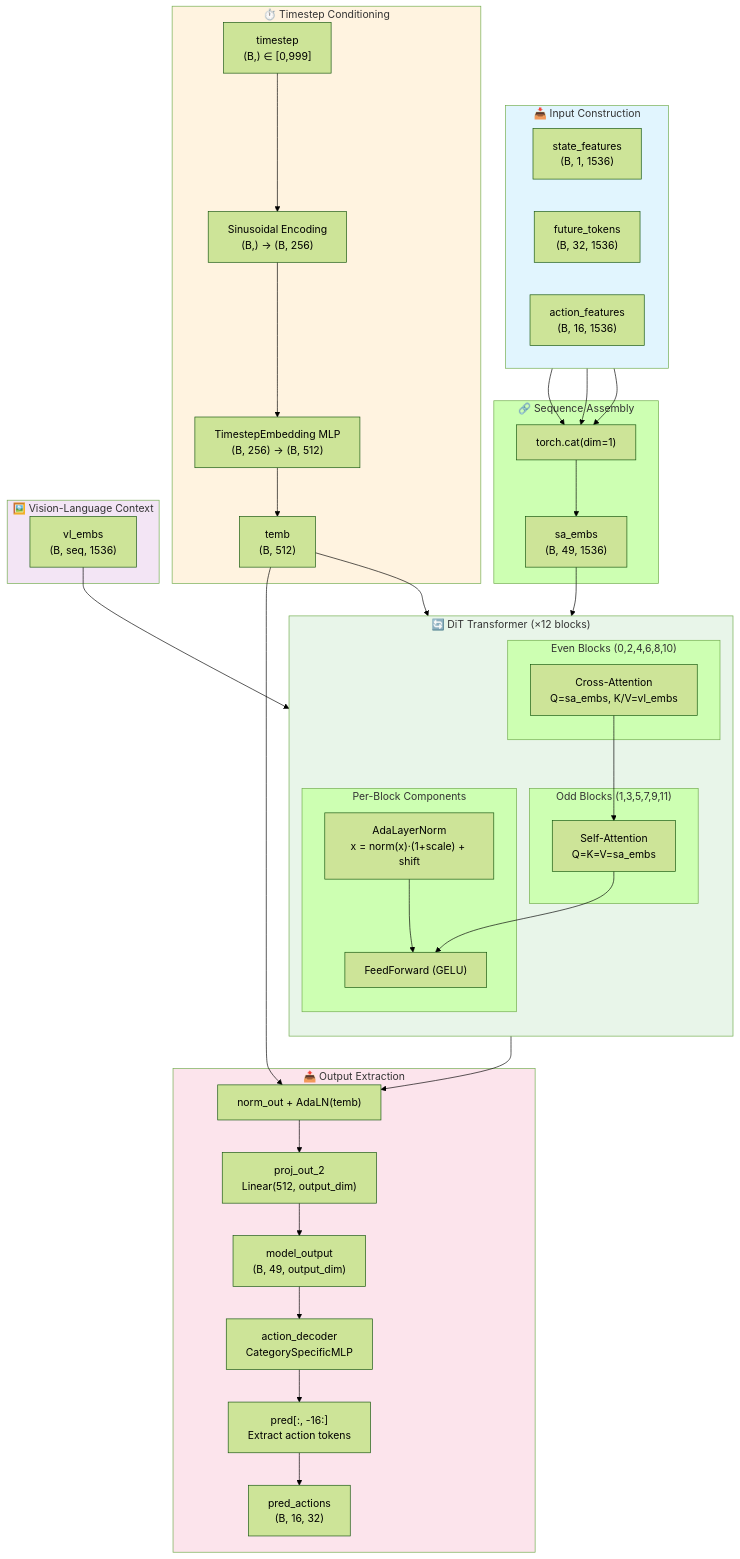
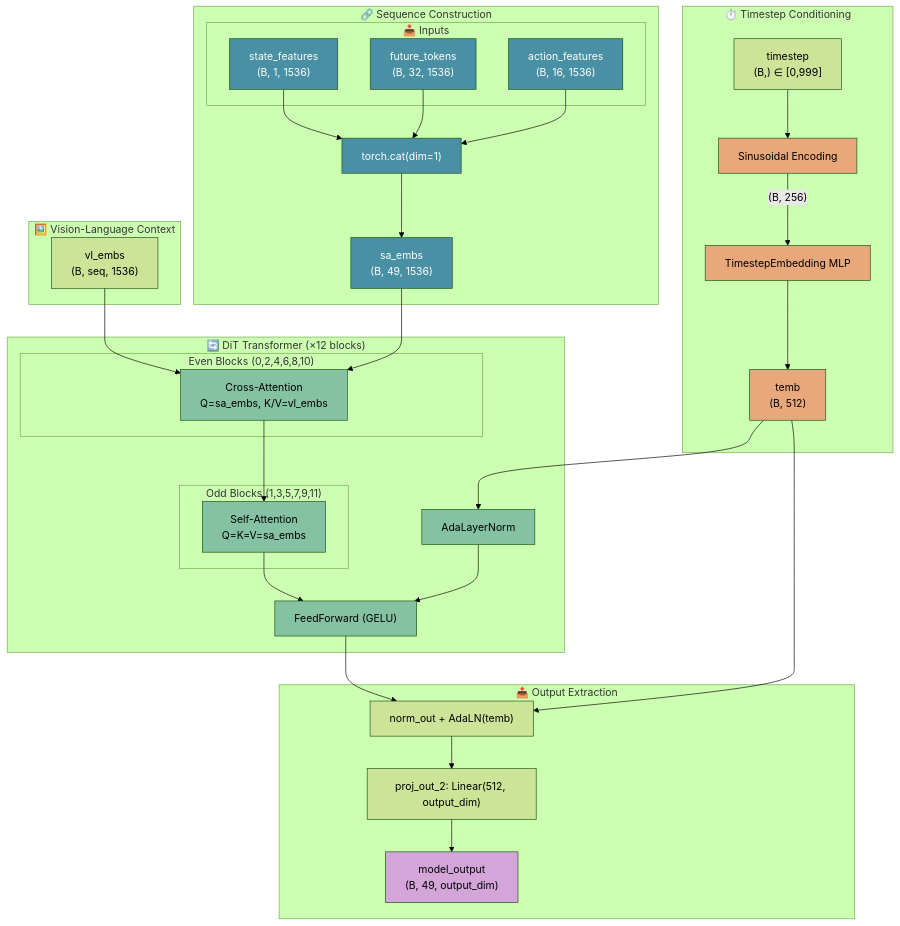
Diagram 15 of 45 in README.md (mvipin/chefmate), drawn with Mermaid (forest theme) before and after one commit. The commit also changed other lines of this file, not shown here.

````diff
--- a/README.md
+++ b/README.md
@@ -1926,72 +1648,72 @@
 ```mermaid
 flowchart TB
-    subgraph INPUTS["📥 Input Construction"]
-        direction LR
-        STATE["state_features<br/>(B, 1, 1536)"]
-        FUTURE["future_tokens<br/>(B, 32, 1536)"]
-        ACTION["action_features<br/>(B, 16, 1536)"]
-    end
-
-    subgraph CONCAT["🔗 Sequence Assembly"]
+    subgraph SEQ["🔗 Sequence Construction"]
+        subgraph INPUTS["📥 Inputs"]
+            STATE["state_features<br/>(B, 1, 1536)"]
+            FUTURE["future_tokens<br/>(B, 32, 1536)"]
+            ACTION["action_features<br/>(B, 16, 1536)"]
+        end
         CAT["torch.cat(dim=1)"]
         SA["sa_embs<br/>(B, 49, 1536)"]
     end
 
-    subgraph CONDITIONING["⏱️ Timestep Conditioning"]
+    subgraph COND["⏱️ Timestep Conditioning"]
         T_IN["timestep<br/>(B,) ∈ [0,999]"]
-        SINCOS["Sinusoidal Encoding<br/>(B,) → (B, 256)"]
-        MLP_T["TimestepEmbedding MLP<br/>(B, 256) → (B, 512)"]
+        SINCOS["Sinusoidal Encoding"]
+        MLP_T["TimestepEmbedding MLP"]
         TEMB["temb<br/>(B, 512)"]
     end
 
     subgraph VL["🖼️ Vision-Language Context"]
         VL_IN["vl_embs<br/>(B, seq, 1536)"]
     end
 
     subgraph TRANSFORMER["🔄 DiT Transformer (×12 blocks)"]
-        direction TB
         subgraph EVEN["Even Blocks (0,2,4,6,8,10)"]
             CROSS["Cross-Attention<br/>Q=sa_embs, K/V=vl_embs"]
         end
         subgraph ODD["Odd Blocks (1,3,5,7,9,11)"]
             SELF["Self-Attention<br/>Q=K=V=sa_embs"]
         end
-        subgraph SHARED["Per-Block Components"]
-            ADALN["AdaLayerNorm<br/>x = norm(x)·(1+scale) + shift"]
-            FF["FeedForward (GELU)"]
-        end
+        ADALN["AdaLayerNorm"]
+        FF["FeedForward (GELU)"]
     end
 
     subgraph OUTPUT["📤 Output Extraction"]
         NORM_OUT["norm_out + AdaLN(temb)"]
-        PROJ["proj_out_2<br/>Linear(512, output_dim)"]
+        PROJ["proj_out_2: Linear(512, output_dim)"]
         MODEL_OUT["model_output<br/>(B, 49, output_dim)"]
-        DECODE["action_decoder<br/>CategorySpecificMLP"]
-        SLICE["pred[:, -16:]<br/>Extract action tokens"]
-        PRED["pred_actions<br/>(B, 16, 32)"]
     end
 
     STATE --> CAT
     FUTURE --> CAT
     ACTION --> CAT
     CAT --> SA
 
-    T_IN --> SINCOS --> MLP_T --> TEMB
+    T_IN --> SINCOS -->|"(B, 256)"| MLP_T --> TEMB
 
     SA --> CROSS
     VL_IN --> CROSS
     CROSS --> SELF
     TEMB --> ADALN
     ADALN --> FF
     SELF --> FF
 
     FF --> NORM_OUT
     TEMB --> NORM_OUT
-    NORM_OUT --> PROJ --> MODEL_OUT --> DECODE --> SLICE --> PRED
+    NORM_OUT --> PROJ --> MODEL_OUT
 
-    style INPUTS fill:#e1f5fe
-    style CONDITIONING fill:#fff3e0
-    style VL fill:#f3e5f5
-    style TRANSFORMER fill:#e8f5e9
-    style OUTPUT fill:#fce4ec
+    style STATE fill:#4a90a4,color:#fff
+    style FUTURE fill:#4a90a4,color:#fff
+    style ACTION fill:#4a90a4,color:#fff
+    style CAT fill:#4a90a4,color:#fff
+    style SA fill:#4a90a4,color:#fff
+    style TEMB fill:#e8a87c
+    style SINCOS fill:#e8a87c
+    style MLP_T fill:#e8a87c
+    style CROSS fill:#85c1a3
+    style SELF fill:#85c1a3
+    style ADALN fill:#85c1a3
+    style FF fill:#85c1a3
+    style MODEL_OUT fill:#d4a5d9
 ```
````
